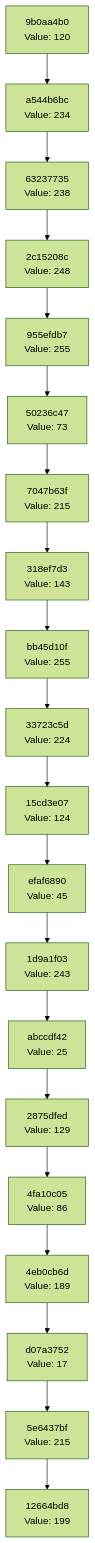
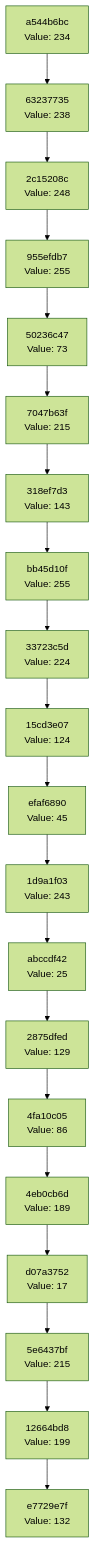
One commit to Abhisheksinha1506/hash-chain-evolver changed the diagram in docs/CHAIN_VISUALIZATION.md. Above: the diagram before and after it, drawn with Mermaid (forest theme). The commit also changed 3 other files, not shown here.

````diff
--- a/docs/CHAIN_VISUALIZATION.md
+++ b/docs/CHAIN_VISUALIZATION.md
@@ -3,42 +3,42 @@
 ```mermaid
 graph TD
-    C0["12664bd8<br/>Value: 199"]
-    C1["5e6437bf<br/>Value: 215"]
+    C0["e7729e7f<br/>Value: 132"]
+    C1["12664bd8<br/>Value: 199"]
     C1 --> C0
-    C2["d07a3752<br/>Value: 17"]
+    C2["5e6437bf<br/>Value: 215"]
     C2 --> C1
-    C3["4eb0cb6d<br/>Value: 189"]
+    C3["d07a3752<br/>Value: 17"]
     C3 --> C2
-    C4["4fa10c05<br/>Value: 86"]
+    C4["4eb0cb6d<br/>Value: 189"]
     C4 --> C3
-    C5["2875dfed<br/>Value: 129"]
+    C5["4fa10c05<br/>Value: 86"]
     C5 --> C4
-    C6["abccdf42<br/>Value: 25"]
+    C6["2875dfed<br/>Value: 129"]
     C6 --> C5
-    C7["1d9a1f03<br/>Value: 243"]
+    C7["abccdf42<br/>Value: 25"]
     C7 --> C6
-    C8["efaf6890<br/>Value: 45"]
+    C8["1d9a1f03<br/>Value: 243"]
     C8 --> C7
-    C9["15cd3e07<br/>Value: 124"]
+    C9["efaf6890<br/>Value: 45"]
     C9 --> C8
-    C10["33723c5d<br/>Value: 224"]
+    C10["15cd3e07<br/>Value: 124"]
     C10 --> C9
-    C11["bb45d10f<br/>Value: 255"]
+    C11["33723c5d<br/>Value: 224"]
     C11 --> C10
-    C12["318ef7d3<br/>Value: 143"]
+    C12["bb45d10f<br/>Value: 255"]
     C12 --> C11
-    C13["7047b63f<br/>Value: 215"]
+    C13["318ef7d3<br/>Value: 143"]
     C13 --> C12
-    C14["50236c47<br/>Value: 73"]
+    C14["7047b63f<br/>Value: 215"]
     C14 --> C13
-    C15["955efdb7<br/>Value: 255"]
+    C15["50236c47<br/>Value: 73"]
     C15 --> C14
-    C16["2c15208c<br/>Value: 248"]
+    C16["955efdb7<br/>Value: 255"]
     C16 --> C15
-    C17["63237735<br/>Value: 238"]
+    C17["2c15208c<br/>Value: 248"]
     C17 --> C16
-    C18["a544b6bc<br/>Value: 234"]
+    C18["63237735<br/>Value: 238"]
     C18 --> C17
-    C19["9b0aa4b0<br/>Value: 120"]
+    C19["a544b6bc<br/>Value: 234"]
     C19 --> C18
 ```
````
